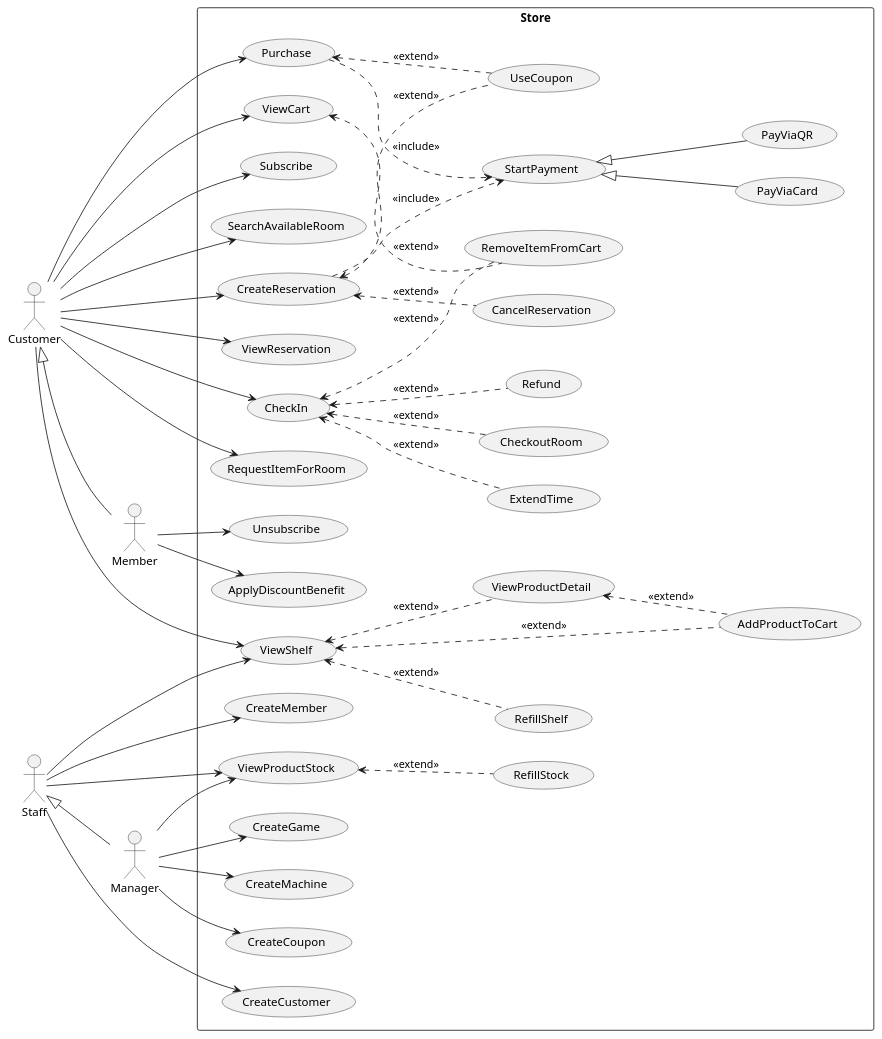
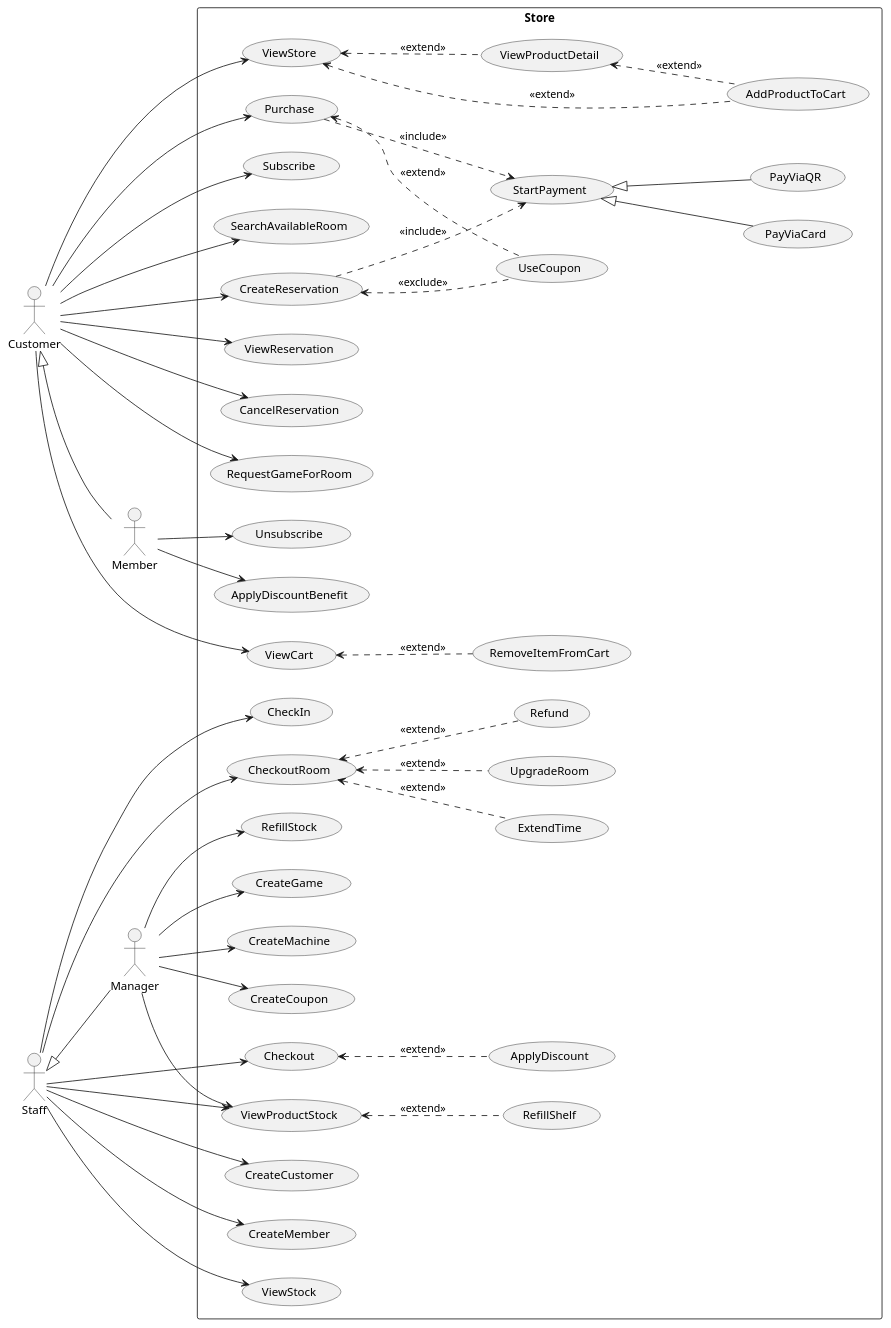
The diagram in UseCaseDiagram/usecase_diagram.puml (WaroonRagwongsiri/OOP_Project), drawn with PlantUML before and after one commit.

Commit message:
Base from main

```diff
--- a/UseCaseDiagram/usecase_diagram.puml
+++ b/UseCaseDiagram/usecase_diagram.puml
@@ -1,114 +1,121 @@
 @startuml UseCaseDiagram
 left to right direction
 
 ' =========================
 ' Actors (from hierarchy in Class Diagram)
 ' =========================
 actor "Customer" as A_Customer
 actor "Member" as A_Member
 actor "Staff" as A_Staff
 actor "Manager" as A_Manager
 
 A_Customer <|-- A_Member
 A_Staff <|-- A_Manager
 
 rectangle "Store" {
 
 	'Customer'
 	usecase "AddProductToCart" as UC_AddProductToCart
 	usecase "ViewCart" as UC_ViewCart
 	usecase "RemoveItemFromCart" as UC_RemoveItemFromCart
-	usecase "ViewShelf" as UC_ViewShelf
+	usecase "ViewStore" as UC_ViewStore
 	usecase "ViewProductDetail" as UC_ViewProductDetail
 	usecase "Purchase" as UC_Purchase
 	usecase "UseCoupon" as UC_UseCoupon
 	usecase "Subscribe" as UC_Subscribe
 
 	'Payment'
 	usecase "StartPayment" as UC_StartPayment
 	usecase "PayViaCard" as UC_PayViaCard
 	usecase "PayViaQR" as UC_PayViaQR
 
 	'Member'
 	usecase "ApplyDiscountBenefit" as UC_ApplyDiscountBenefit
 	usecase "Unsubscribe" as UC_Unsubscribe
 
 	'Staff'
+	usecase "Checkout" as UC_Checkout
+	usecase "ApplyDiscount" as UC_ApplyDiscount
 	usecase "CreateCustomer" as UC_CreateCustomer
 	usecase "CreateMember" as UC_CreateMember
 
 	'Manager'
 	usecase "CreateGame" as UC_CreateGame
 	usecase "CreateMachine" as UC_CreateMachine
 	usecase "ViewProductStock" as UC_ViewProductStock
-	usecase "ViewShelf" as UC_ViewShelf
 	usecase "RefillShelf" as UC_RefillShelf
 	usecase "CreateCoupon" as UC_CreateCoupon
 	usecase "RefillStock" as UC_RefillStock
+	usecase "ViewStock" as UC_ViewStock
 
 	'Room Reservation'
 	usecase "SearchAvailableRoom" as UC_SearchAvailableRoom
 	usecase "CreateReservation" as UC_CreateReservation
 	usecase "ViewReservation" as UC_ViewReservation
 	usecase "CancelReservation" as UC_CancelReservation
 	usecase "CheckIn" as UC_CheckIn
 	usecase "ExtendTime" as UC_ExtendTime
+	usecase "UpgradeRoom" as UC_UpgradeRoom
 	usecase "CheckoutRoom" as UC_CheckoutRoom
 	usecase "Refund" as UC_Refund
-	usecase "RequestItemForRoom" as UC_RequestItemForRoom
+	usecase "RequestGameForRoom" as UC_RequestGameForRoom
 }
 
 'Customer'
 A_Customer --> UC_ViewCart
-A_Customer --> UC_ViewShelf
+A_Customer --> UC_ViewStore
 A_Customer --> UC_Purchase
 A_Customer --> UC_Subscribe
-A_Customer --> UC_RequestItemForRoom
-A_Customer --> UC_SearchAvailableRoom
-A_Customer --> UC_CreateReservation
-A_Customer --> UC_ViewReservation
-A_Customer --> UC_CheckIn
+A_Customer --> UC_RequestGameForRoom
 
-UC_ViewShelf <.. UC_AddProductToCart : <<extend>>
-UC_ViewShelf <.. UC_ViewProductDetail : <<extend>>
+UC_ViewStore <.. UC_AddProductToCart : <<extend>>
+UC_ViewStore <.. UC_ViewProductDetail : <<extend>>
 
 UC_ViewProductDetail <.. UC_AddProductToCart : <<extend>>
 
 UC_ViewCart <.. UC_RemoveItemFromCart : <<extend>>
 
 UC_Purchase <.. UC_UseCoupon : <<extend>>
 UC_Purchase ..> UC_StartPayment : <<include>>
 
 'Payment'
 UC_StartPayment <|-- UC_PayViaCard
 UC_StartPayment <|-- UC_PayViaQR
 
 'Member'
 A_Member --> UC_ApplyDiscountBenefit
 A_Member --> UC_Unsubscribe
 
 'Staff'
+A_Staff --> UC_Checkout
 A_Staff --> UC_ViewProductStock
 A_Staff --> UC_CreateCustomer
 A_Staff --> UC_CreateMember
-A_Staff --> UC_ViewShelf
+A_Staff --> UC_CheckIn
+A_Staff --> UC_CheckoutRoom
+A_Staff --> UC_ViewStock
 
-UC_CheckIn <.. UC_Refund : <<extend>>
-UC_CheckIn <.. UC_ExtendTime : <<extend>>
-UC_CheckIn <.. UC_RemoveItemFromCart : <<extend>>
-UC_CheckIn <.. UC_CheckoutRoom : <<extend>>
+UC_CheckoutRoom <.. UC_Refund : <<extend>>
+UC_CheckoutRoom <.. UC_ExtendTime : <<extend>>
+UC_CheckoutRoom <.. UC_UpgradeRoom : <<extend>>
 
-UC_ViewProductStock <.. UC_RefillStock : <<extend>>
-UC_ViewShelf <.. UC_RefillShelf : <<extend>>
+UC_Checkout <.. UC_ApplyDiscount : <<extend>>
+UC_ViewProductStock <.. UC_RefillShelf : <<extend>>
 
 'Manager'
 A_Manager --> UC_CreateCoupon
 A_Manager --> UC_ViewProductStock
 A_Manager --> UC_CreateGame
 A_Manager --> UC_CreateMachine
+A_Manager --> UC_RefillStock
+
+'Customer / Member Reservation
+A_Customer --> UC_SearchAvailableRoom
+A_Customer --> UC_CreateReservation
+A_Customer --> UC_ViewReservation
+A_Customer --> UC_CancelReservation
 
 UC_CreateReservation ..> UC_StartPayment : <<include>>
-UC_CreateReservation <.. UC_UseCoupon : <<extend>>
-UC_CreateReservation <.. UC_CancelReservation : <<extend>>
+UC_CreateReservation <.. UC_UseCoupon : <<exclude>>
 
 @enduml
```
